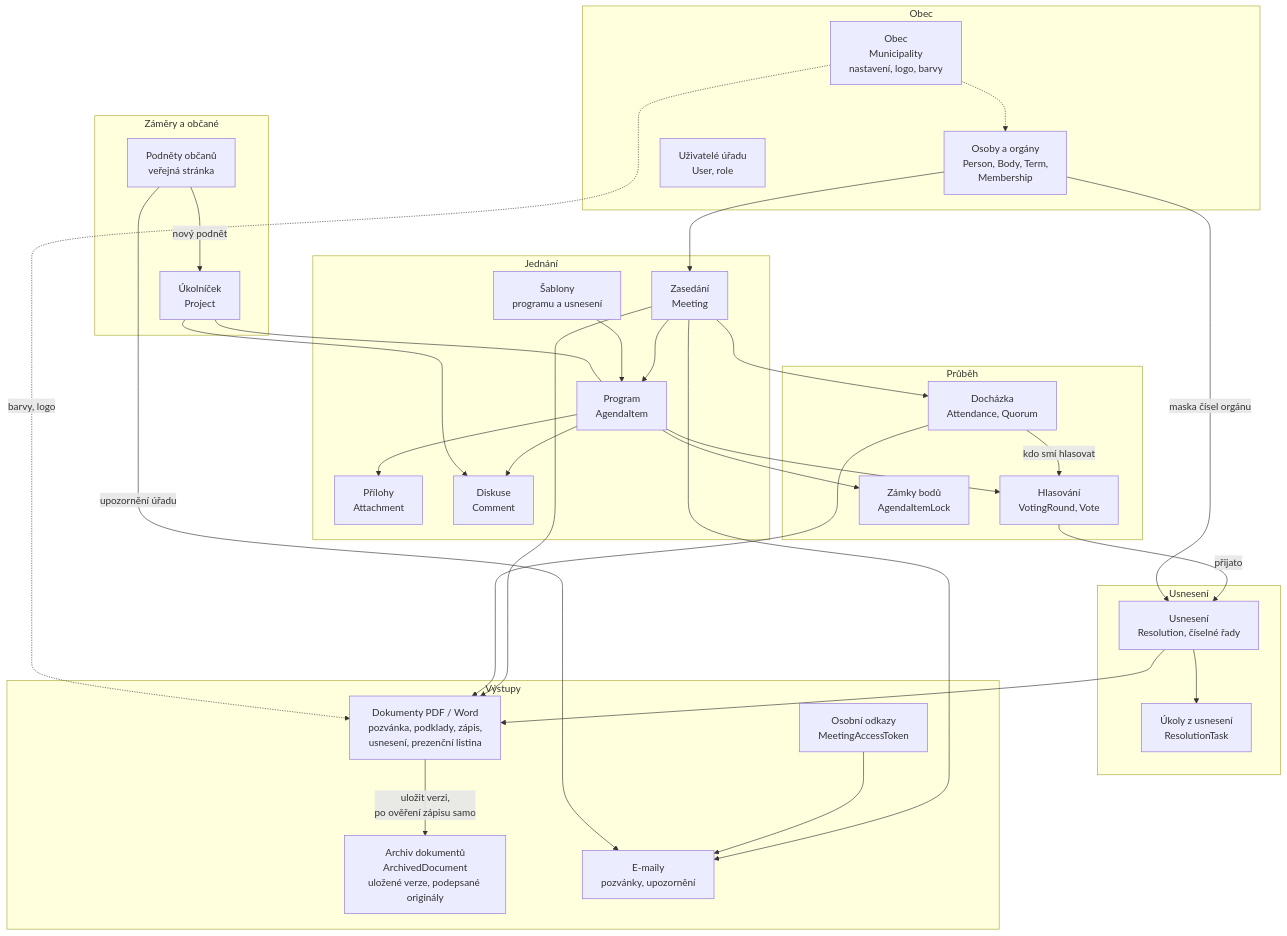
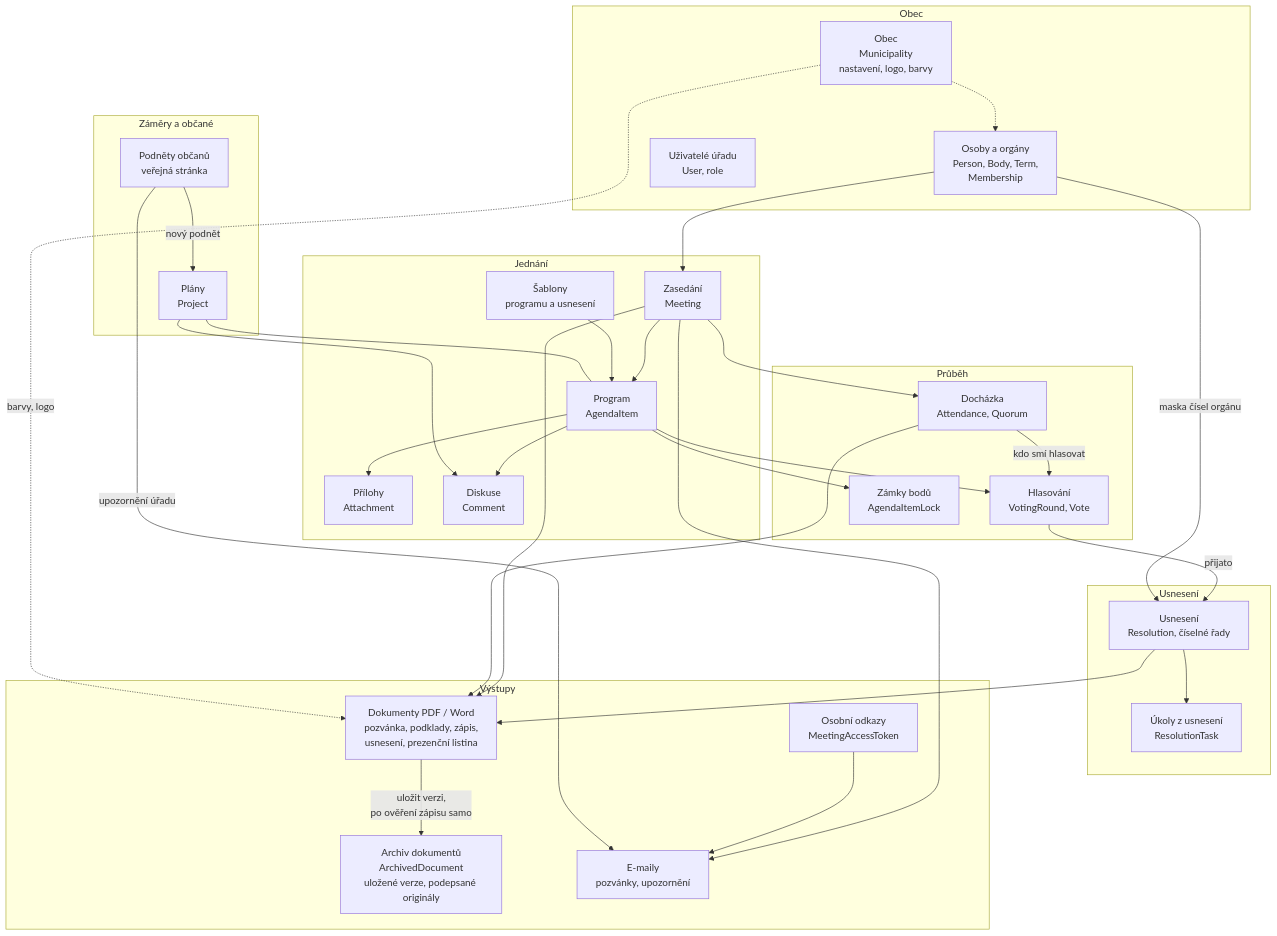
The second of 3 diagrams in doc/wiki/03-moduly-a-propojeni.md (731mat/konsel), drawn with Mermaid before and after one commit. The commit also changed other lines of this file and 68 other files, not shown here.

````diff
--- a/doc/wiki/03-moduly-a-propojeni.md
+++ b/doc/wiki/03-moduly-a-propojeni.md
@@ -33,64 +44,64 @@
 ```mermaid
 flowchart TB
     subgraph Obec
         MUN["Obec<br/>Municipality<br/>nastavení, logo, barvy"]
         PEO["Osoby a orgány<br/>Person, Body, Term,<br/>Membership"]
         USR["Uživatelé úřadu<br/>User, role"]
     end
 
     subgraph Jednani["Jednání"]
         MEET["Zasedání<br/>Meeting"]
         AG["Program<br/>AgendaItem"]
         ATT["Přílohy<br/>Attachment"]
         COM["Diskuse<br/>Comment"]
         TPL["Šablony<br/>programu a usnesení"]
     end
 
     subgraph Prubeh["Průběh"]
         DOCH["Docházka<br/>Attendance, Quorum"]
         VOTE["Hlasování<br/>VotingRound, Vote"]
         LOCK["Zámky bodů<br/>AgendaItemLock"]
     end
 
     subgraph Usneseni["Usnesení"]
         RES["Usnesení<br/>Resolution, číselné řady"]
         TASK["Úkoly z usnesení<br/>ResolutionTask"]
     end
 
     subgraph Vystupy["Výstupy"]
         DOC["Dokumenty PDF / Word<br/>pozvánka, podklady, zápis,<br/>usnesení, prezenční listina"]
         ARCH["Archiv dokumentů<br/>ArchivedDocument<br/>uložené verze, podepsané originály"]
         MAIL["E-maily<br/>pozvánky, upozornění"]
         ACC["Osobní odkazy<br/>MeetingAccessToken"]
     end
 
     subgraph Zamery["Záměry a občané"]
-        PRJ["Úkolníček<br/>Project"]
+        PRJ["Plány<br/>Project"]
         IDEA["Podněty občanů<br/>veřejná stránka"]
     end
 
     PEO --> MEET
     MEET --> AG
     AG --> ATT
     AG --> COM
     TPL --> AG
     MEET --> DOCH
     AG --> VOTE
     DOCH -->|kdo smí hlasovat| VOTE
     AG --> LOCK
     VOTE -->|přijato| RES
     PEO -->|maska čísel orgánu| RES
     RES --> TASK
     MEET --> DOC
     RES --> DOC
     DOCH --> DOC
     DOC -->|uložit verzi,<br/>po ověření zápisu samo| ARCH
     MEET --> MAIL
     ACC --> MAIL
     PRJ --- AG
     PRJ --> COM
     IDEA -->|nový podnět| PRJ
     IDEA -->|upozornění úřadu| MAIL
     MUN -.-> PEO
     MUN -.->|barvy, logo| DOC
 ```
````
